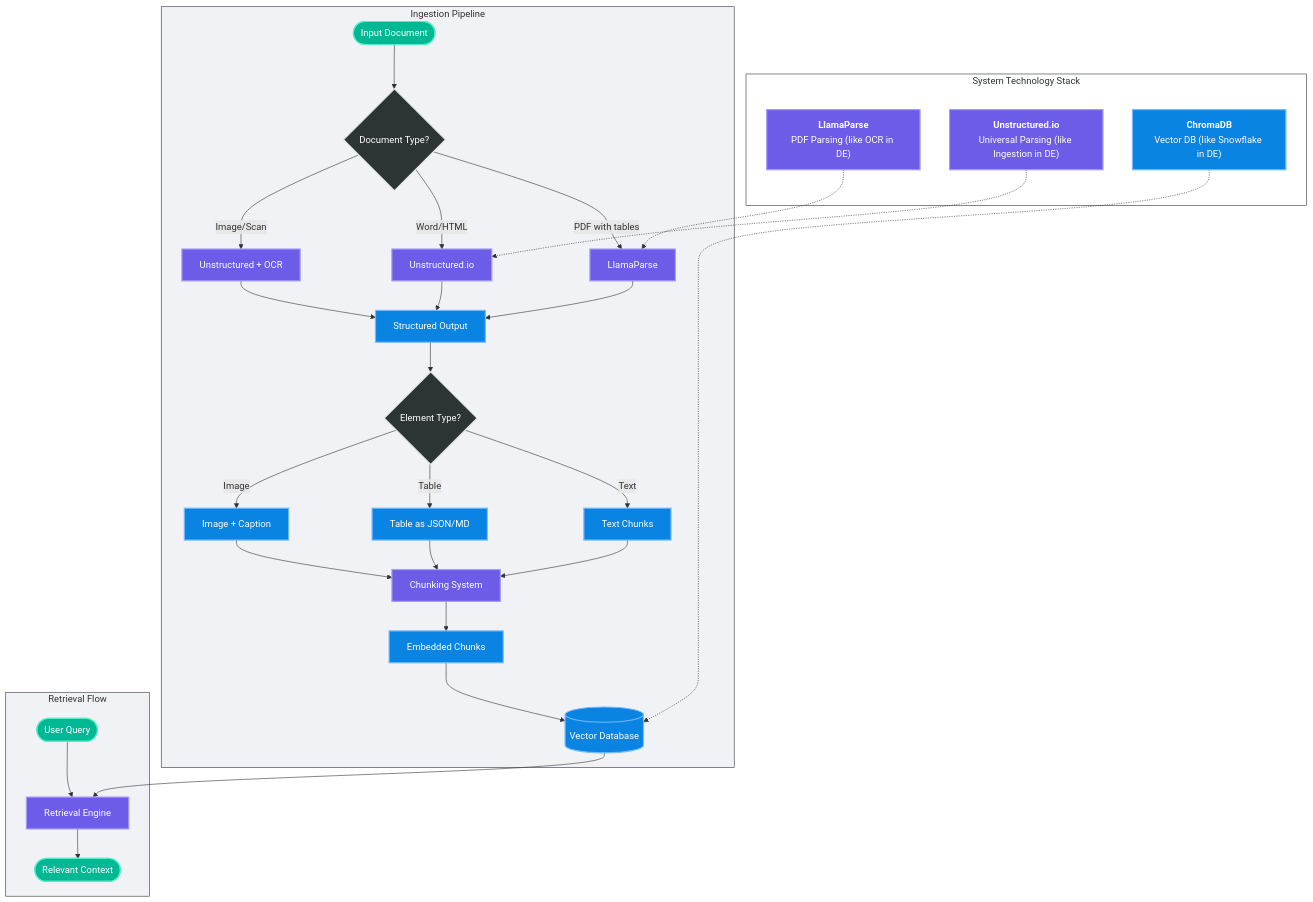
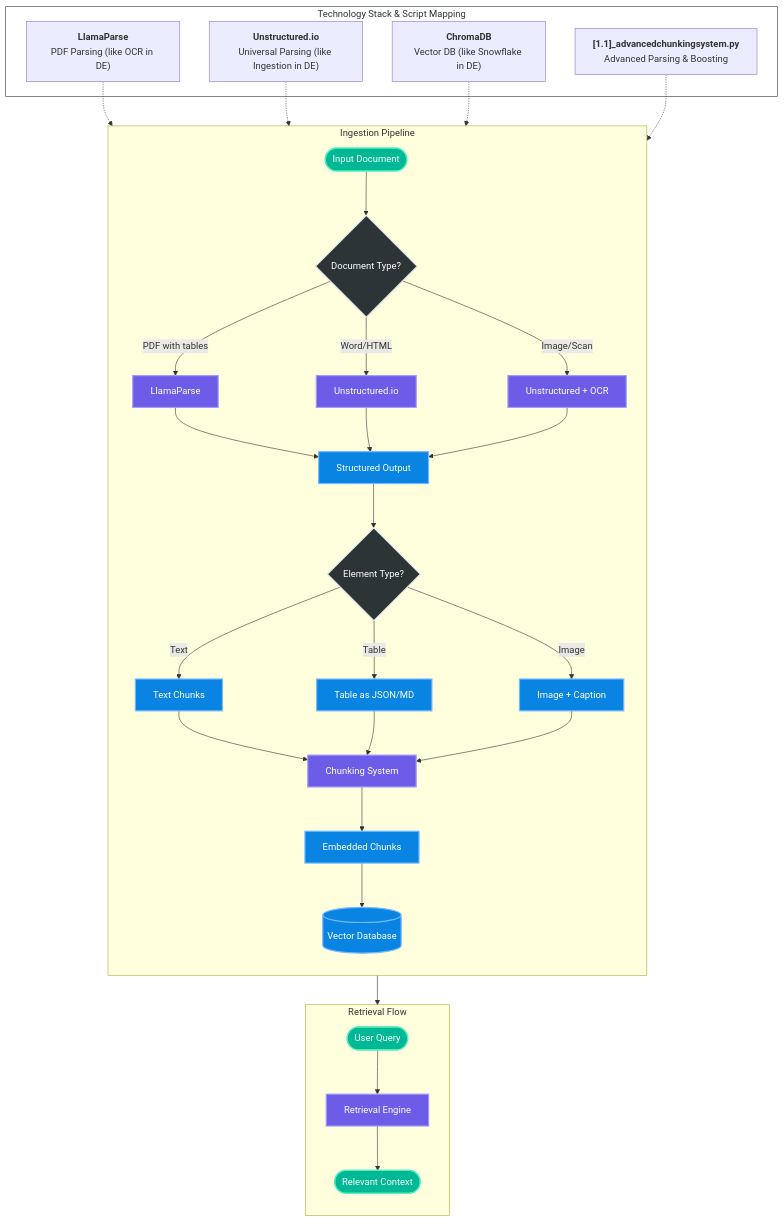
Before and after one commit to visuvishwa99/agentic-ai-foundations: the diagram in week4/[1.0]_advance_chunk.mmd, drawn with Mermaid. The commit also changed 16 other files, not shown here.

Commit message:
Add Week 7: Advanced RAG Pipeline with Query Enhancement, Hybrid Search, Reranking & Structured Output

```diff
--- a/week4/[1.0]_advance_chunk.mmd
+++ b/week4/[1.0]_advance_chunk.mmd
@@ -1,59 +1,66 @@
 flowchart TD
-    %% Global Graph Configuration
-    
-    %% --- Section 1: Technology Stack Reference ---
-    subgraph Tech_Stack [System Technology Stack]
-        Stack1["<b>LlamaParse</b><br/>PDF Parsing (like OCR in DE)"]:::process
-        Stack2["<b>Unstructured.io</b><br/>Universal Parsing (like Ingestion in DE)"]:::process
-        Stack3["<b>ChromaDB</b><br/>Vector DB (like Snowflake in DE)"]:::storage
-    end
-
-    %% --- Section 2: Ingestion Pipeline ---
+    %% Ingestion Pipeline Subgraph
     subgraph Ingestion [Ingestion Pipeline]
-        Input([Input Document]):::user --> DocType{Document Type?}:::logic
+        direction TB
+        Input(["Input Document"]) --> DocType{"Document Type?"}
         
-        DocType -->|PDF with tables| Parser1[LlamaParse]:::process
-        DocType -->|Word/HTML| Parser2[Unstructured.io]:::process
-        DocType -->|Image/Scan| Parser3[Unstructured + OCR]:::process
+        DocType -->|PDF with tables| Parser1["LlamaParse"]
+        DocType -->|Word/HTML| Parser2["Unstructured.io"]
+        DocType -->|Image/Scan| Parser3["Unstructured + OCR"]
         
-        Parser1 --> Struct[Structured Output]:::storage
+        Parser1 --> Struct["Structured Output"]
         Parser2 --> Struct
         Parser3 --> Struct
         
-        Struct --> ElemType{Element Type?}:::logic
+        Struct --> ElemType{"Element Type?"}
         
-        ElemType -->|Text| C1[Text Chunks]:::storage
-        ElemType -->|Table| C2[Table as JSON/MD]:::storage
-        ElemType -->|Image| C3[Image + Caption]:::storage
+        ElemType -->|Text| C1["Text Chunks"]
+        ElemType -->|Table| C2["Table as JSON/MD"]
+        ElemType -->|Image| C3["Image + Caption"]
         
-        C1 --> ChunkSys[Chunking System]:::process
+        C1 --> ChunkSys["Chunking System"]
         C2 --> ChunkSys
         C3 --> ChunkSys
         
-        ChunkSys --> Embed[Embedded Chunks]:::storage
-        Embed --> VDB[(Vector Database)]:::storage
+        ChunkSys --> Embed["Embedded Chunks"]
+        Embed --> VDB[("Vector Database")]
     end
     
-    %% --- Section 3: Retrieval ---
+    %% Retrieval flow Subgraph
     subgraph Retrieval_Flow [Retrieval Flow]
-        Query([User Query]):::user --> Retrieve[Retrieval Engine]:::process
+        direction TB
+        Query(["User Query"]) --> Retrieve["Retrieval Engine"]
         VDB --> Retrieve
-        Retrieve --> Result([Relevant Context]):::user
+        Retrieve --> Result(["Relevant Context"])
     end
 
-    %% Visual Connections between Stack and Logic
+    %% Technology Stack & Script Mapping
+    subgraph Tech_Stack [Technology Stack & Script Mapping]
+        Stack1["<b>LlamaParse</b><br/>PDF Parsing (like OCR in DE)"]
+        Stack2["<b>Unstructured.io</b><br/>Universal Parsing (like Ingestion in DE)"]
+        Stack3["<b>ChromaDB</b><br/>Vector DB (like Snowflake in DE)"]
+        AdvScript["<b>[1.1]_advancedchunkingsystem.py</b><br/>Advanced Parsing & Boosting"]
+    end
+
+    %% Visual Connections
     Stack1 -.-> Parser1
     Stack2 -.-> Parser2
     Stack3 -.-> VDB
 
-    %% Styling to match Subgraphs
+    %% Script-to-Architecture Mapping
+    AdvScript -.-> Ingestion
+
+    %% Apply Styles
+    class Input,Result,Query user
+    class DocType,ElemType logic
+    class Parser1,Parser2,Parser3,ChunkSys,Retrieve process
+    class Struct,C1,C2,C3,Embed,VDB storage
+    
     style Tech_Stack fill:#fff,stroke:#2d3436,stroke-width:1px,color:#2d3436
-    style Ingestion fill:#f1f2f6,stroke:#2f3542,stroke-width:1px,color:#2d3436
-    style Retrieval_Flow fill:#f1f2f6,stroke:#2f3542,stroke-width:1px,color:#2d3436
 
     %% Global Style Block
     classDef logic fill:#2d3436,stroke:#dfe6e9,stroke-width:2px,color:#fff
     classDef storage fill:#0984e3,stroke:#74b9ff,stroke-width:2px,color:#fff
     classDef process fill:#6c5ce7,stroke:#a29bfe,stroke-width:2px,color:#fff
     classDef user fill:#00b894,stroke:#55efc4,stroke-width:2px,color:#fff
     classDef group fill:#f1f2f6,stroke:#2f3542,stroke-width:1px,color:#2d3436
```
